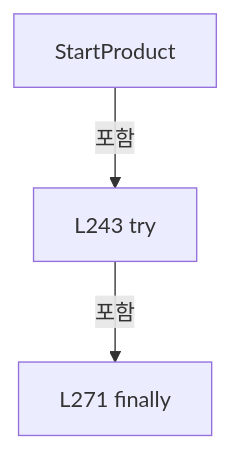
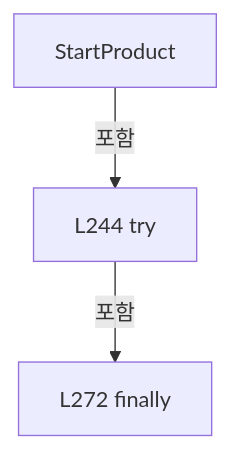
The fifth of 27 diagrams in A3 LD Code Ref/files/Drilling.Common/Product/CProductManager.cs.md (kjuws10-rgb/Shared), drawn with Mermaid before and after one commit. The commit also changed other lines of this file and 8055 other files, not shown here.

Commit message:
docs(a3): trace Stage Glass Data and refresh architecture and full code reference

````diff
--- a/A3 LD Code Ref/files/Drilling.Common/Product/CProductManager.cs.md
+++ b/A3 LD Code Ref/files/Drilling.Common/Product/CProductManager.cs.md
@@ -957,8 +958,8 @@
 ```mermaid
 flowchart TD
  M["StartProduct"]
- N0["L243 try"]
+ N0["L244 try"]
  M -->|포함| N0
- N1["L271 finally"]
+ N1["L272 finally"]
  N0 -->|포함| N1
 ```
````
